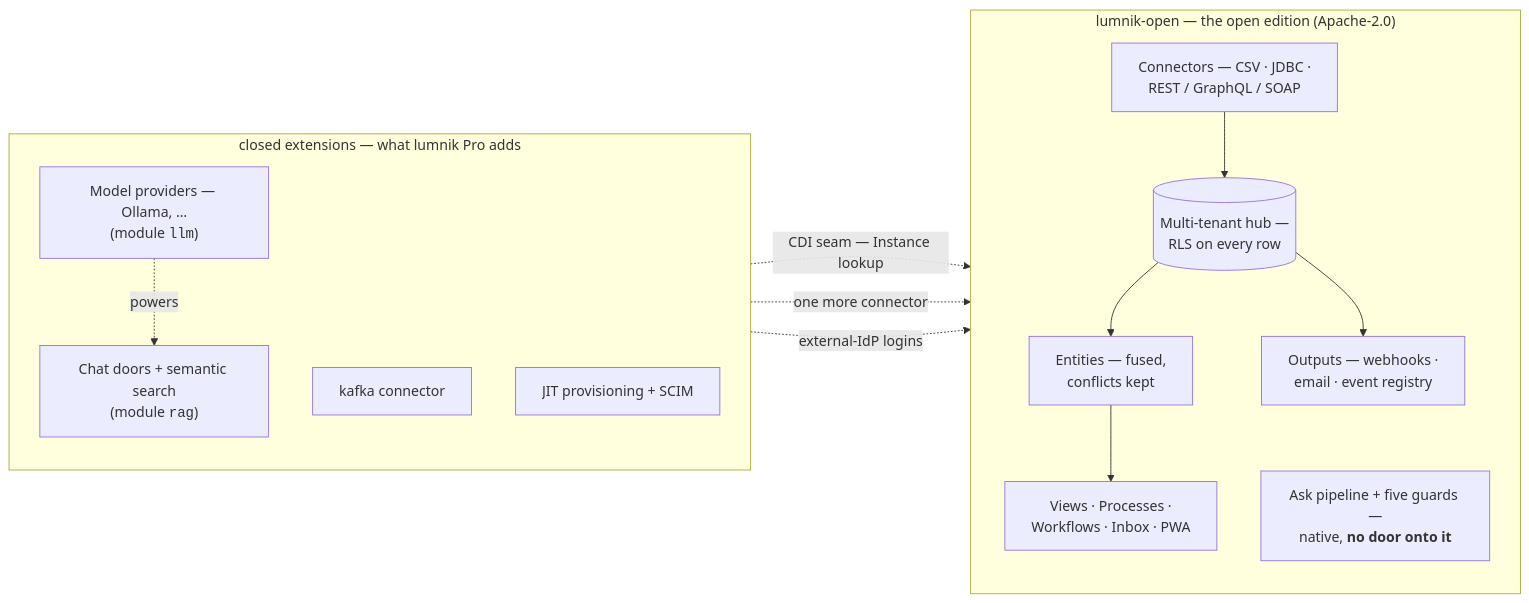
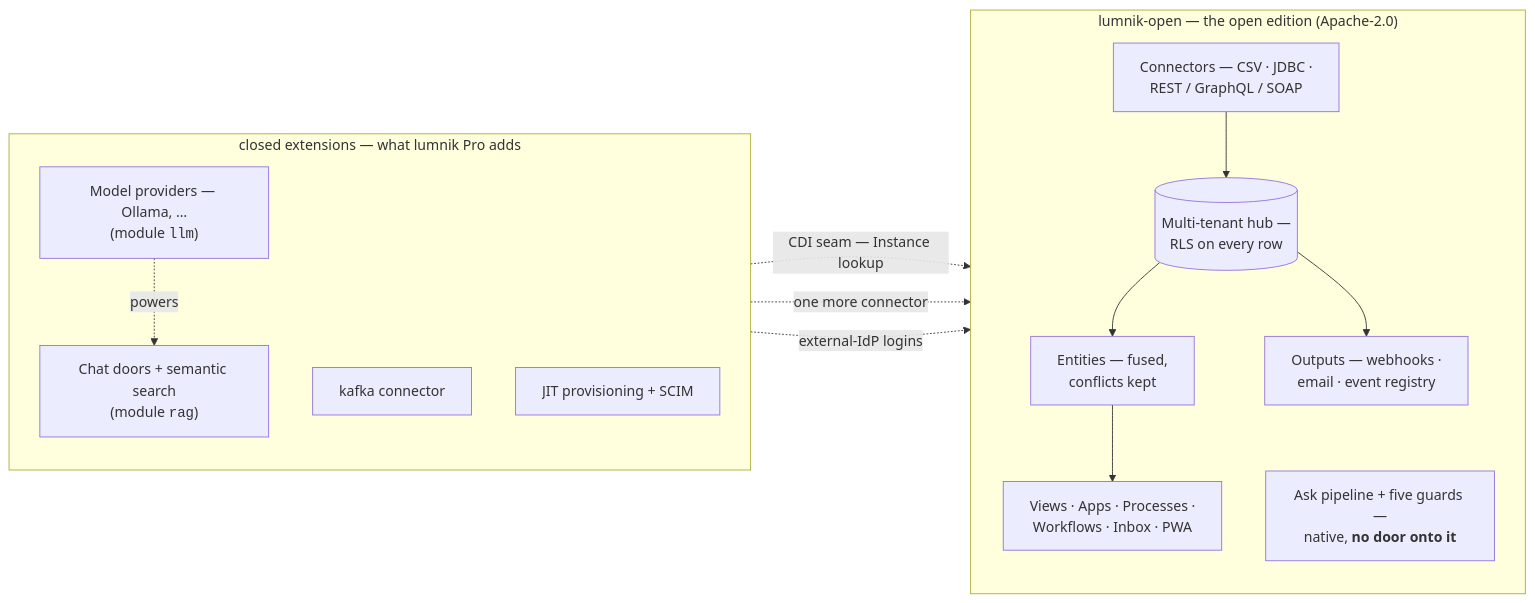
Before and after one commit to icreated/lumnik-open: the diagram in docs/editions.md, drawn with Mermaid. The commit also changed 226 other files, not shown here.

````diff
--- a/docs/editions.md
+++ b/docs/editions.md
@@ -14,25 +14,25 @@
 ```mermaid
 flowchart LR
   subgraph open["lumnik-open — the open edition (Apache-2.0)"]
     direction TB
     conn["Connectors — CSV · JDBC ·<br/>REST / GraphQL / SOAP"]
     tables[("Multi-tenant hub —<br/>RLS on every row")]
     ent["Entities — fused,<br/>conflicts kept"]
-    apps["Views · Processes ·<br/>Workflows · Inbox · PWA"]
+    apps["Views · Apps · Processes ·<br/>Workflows · Inbox · PWA"]
     out["Outputs — webhooks ·<br/>email · event registry"]
     askcore["Ask pipeline + five guards —<br/>native, <b>no door onto it</b>"]
     conn --> tables --> ent --> apps
     tables --> out
   end
   subgraph closedx["closed extensions — what lumnik Pro adds"]
     direction TB
     doors["Chat doors + semantic search<br/>(module <code>rag</code>)"]
     llm["Model providers — Ollama, …<br/>(module <code>llm</code>)"]
     kafka["kafka connector"]
     jit["JIT provisioning + SCIM"]
   end
   doors -. "CDI seam — Instance lookup" .-> askcore
   llm -. powers .-> doors
   kafka -. "one more connector" .-> conn
   jit -. "external-IdP logins" .-> tables
 ```
````
